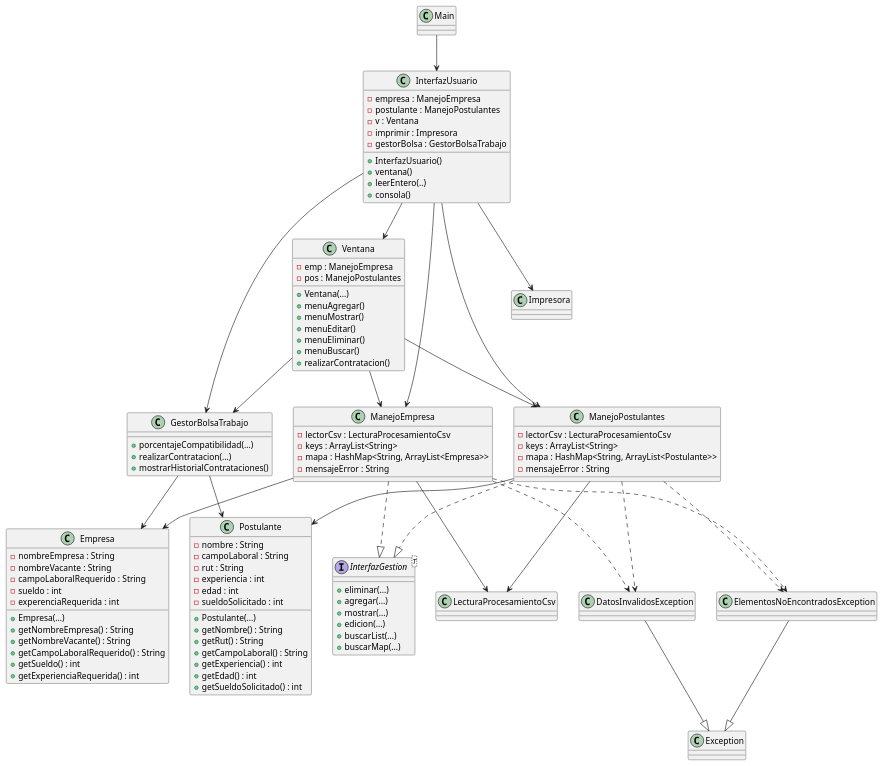
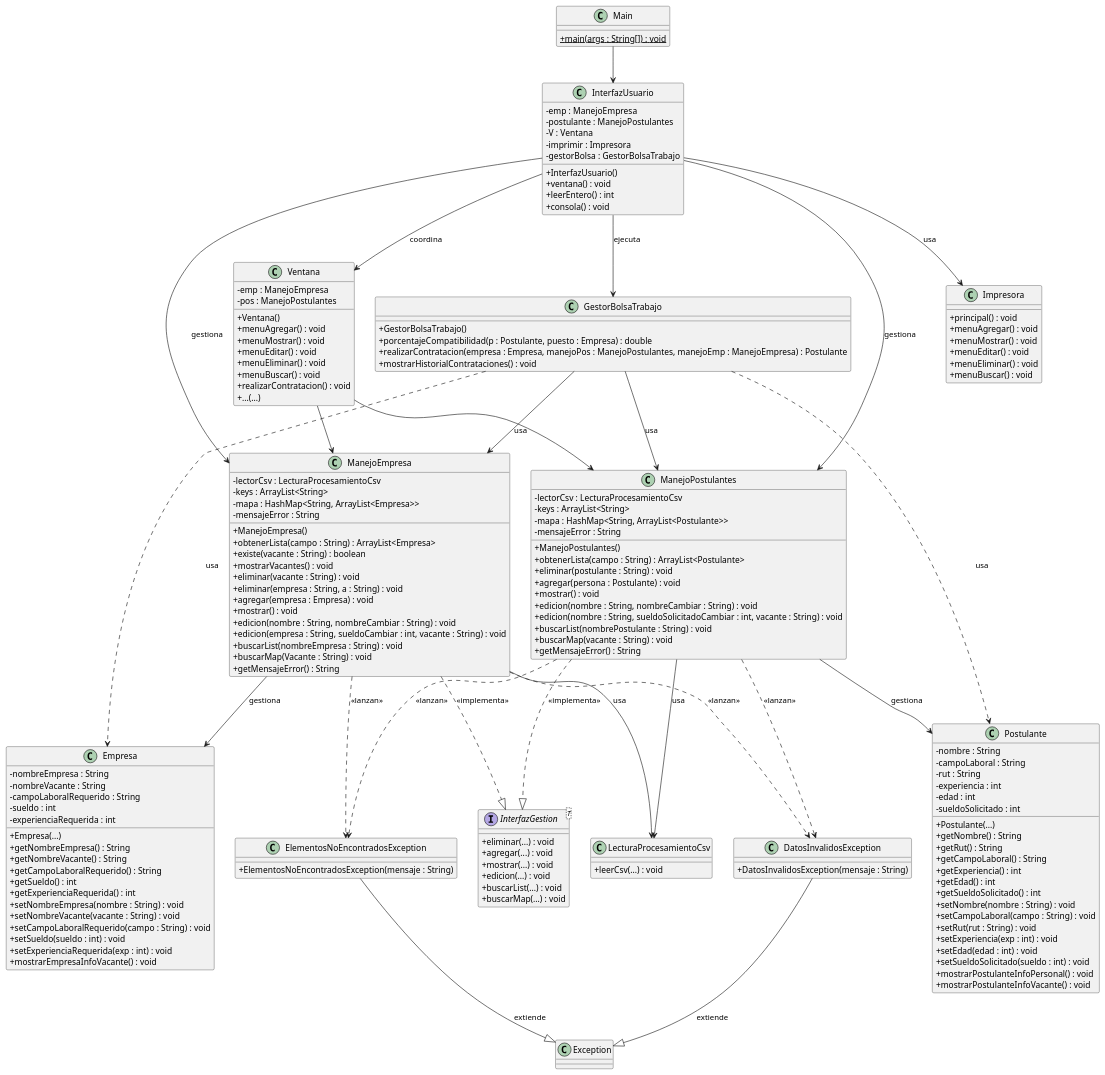
The diagram in src/main/java/uml.puml (AgustinSego/Manejo-de-Bolsa-de-Trabajo), drawn with PlantUML before and after one commit.

Commit message:
UML final

```diff
--- a/src/main/java/uml.puml
+++ b/src/main/java/uml.puml
@@ -1,136 +1,188 @@
 @startuml
+skinparam classAttributeIconSize 0
 
-class Main
+class Main {
+    + {static} main(args : String[]) : void
+}
 
 class InterfazUsuario {
-    -empresa : ManejoEmpresa
-    -postulante : ManejoPostulantes
-    -v : Ventana
-    -imprimir : Impresora
-    -gestorBolsa : GestorBolsaTrabajo
-
-    +InterfazUsuario()
-    +ventana()
-    +leerEntero(..)
-    +consola()
+  - emp : ManejoEmpresa
+  - postulante : ManejoPostulantes
+  - V : Ventana
+  - imprimir : Impresora
+  - gestorBolsa : GestorBolsaTrabajo
+  + InterfazUsuario()
+  + ventana() : void
+  + leerEntero() : int
+  + consola() : void
 }
 
 class Ventana {
-    -emp : ManejoEmpresa
-    -pos : ManejoPostulantes
-
-    +Ventana(...)
-    +menuAgregar()
-    +menuMostrar()
-    +menuEditar()
-    +menuEliminar()
-    +menuBuscar()
-    +realizarContratacion()
+  - emp : ManejoEmpresa
+  - pos : ManejoPostulantes
+  + Ventana()
+  + menuAgregar() : void
+  + menuMostrar() : void
+  + menuEditar() : void
+  + menuEliminar() : void
+  + menuBuscar() : void
+  + realizarContratacion() : void
+  + ...(...)
 }
 
-class Impresora
+class Impresora {
+  + principal() : void
+  + menuAgregar() : void
+  + menuMostrar() : void
+  + menuEditar() : void
+  + menuEliminar() : void
+  + menuBuscar() : void
+}
 
-class Postulante {
-    -nombre : String
-    -campoLaboral : String
-    -rut : String
-    -experiencia : int
-    -edad : int
-    -sueldoSolicitado : int
+class ManejoEmpresa {
+  - lectorCsv : LecturaProcesamientoCsv
+  - keys : ArrayList<String>
+  - mapa : HashMap<String, ArrayList<Empresa>>
+  - mensajeError : String
+  + ManejoEmpresa()
+  + obtenerLista(campo : String) : ArrayList<Empresa>
+  + existe(vacante : String) : boolean
+  + mostrarVacantes() : void
+  + eliminar(vacante : String) : void
+  + eliminar(empresa : String, a : String) : void
+  + agregar(empresa : Empresa) : void
+  + mostrar() : void
+  + edicion(nombre : String, nombreCambiar : String) : void
+  + edicion(empresa : String, sueldoCambiar : int, vacante : String) : void
+  + buscarList(nombreEmpresa : String) : void
+  + buscarMap(Vacante : String) : void
+  + getMensajeError() : String
+}
 
-    +Postulante(...)
-    +getNombre() : String
-    +getRut() : String
-    +getCampoLaboral() : String
-    +getExperiencia() : int
-    +getEdad() : int
-    +getSueldoSolicitado() : int
+class ManejoPostulantes {
+  - lectorCsv : LecturaProcesamientoCsv
+  - keys : ArrayList<String>
+  - mapa : HashMap<String, ArrayList<Postulante>>
+  - mensajeError : String
+  + ManejoPostulantes()
+  + obtenerLista(campo : String) : ArrayList<Postulante>
+  + eliminar(postulante : String) : void
+  + agregar(persona : Postulante) : void
+  + mostrar() : void
+  + edicion(nombre : String, nombreCambiar : String) : void
+  + edicion(nombre : String, sueldoSolicitadoCambiar : int, vacante : String) : void
+  + buscarList(nombrePostulante : String) : void
+  + buscarMap(vacante : String) : void
+  + getMensajeError() : String
+}
+
+class GestorBolsaTrabajo {
+  + GestorBolsaTrabajo()
+  + porcentajeCompatibilidad(p : Postulante, puesto : Empresa) : double
+  + realizarContratacion(empresa : Empresa, manejoPos : ManejoPostulantes, manejoEmp : ManejoEmpresa) : Postulante
+  + mostrarHistorialContrataciones() : void
 }
 
 class Empresa {
-    -nombreEmpresa : String
-    -nombreVacante : String
-    -campoLaboralRequerido : String
-    -sueldo : int
-    -experenciaRequerida : int
+  - nombreEmpresa : String
+  - nombreVacante : String
+  - campoLaboralRequerido : String
+  - sueldo : int
+  - experienciaRequerida : int
+  + Empresa(...)
+  + getNombreEmpresa() : String
+  + getNombreVacante() : String
+  + getCampoLaboralRequerido() : String
+  + getSueldo() : int
+  + getExperienciaRequerida() : int
+  + setNombreEmpresa(nombre : String) : void
+  + setNombreVacante(vacante : String) : void
+  + setCampoLaboralRequerido(campo : String) : void
+  + setSueldo(sueldo : int) : void
+  + setExperienciaRequerida(exp : int) : void
+  + mostrarEmpresaInfoVacante() : void
+}
 
-    +Empresa(...)
-    +getNombreEmpresa() : String
-    +getNombreVacante() : String
-    +getCampoLaboralRequerido() : String
-    +getSueldo() : int
-    +getExperienciaRequerida() : int
+class Postulante {
+  - nombre : String
+  - campoLaboral : String
+  - rut : String
+  - experiencia : int
+  - edad : int
+  - sueldoSolicitado : int
+  + Postulante(...)
+  + getNombre() : String
+  + getRut() : String
+  + getCampoLaboral() : String
+  + getExperiencia() : int
+  + getEdad() : int
+  + getSueldoSolicitado() : int
+  + setNombre(nombre : String) : void
+  + setCampoLaboral(campo : String) : void
+  + setRut(rut : String) : void
+  + setExperiencia(exp : int) : void
+  + setEdad(edad : int) : void
+  + setSueldoSolicitado(sueldo : int) : void
+  + mostrarPostulanteInfoPersonal() : void
+  + mostrarPostulanteInfoVacante() : void
 }
 
 interface InterfazGestion<T> {
-    +eliminar(...)
-    +agregar(...)
-    +mostrar(...)
-    +edicion(...)
-    +buscarList(...)
-    +buscarMap(...)
+  + eliminar(...) : void
+  + agregar(...) : void
+  + mostrar(...) : void
+  + edicion(...) : void
+  + buscarList(...) : void
+  + buscarMap(...) : void
 }
 
-class ManejoPostulantes {
-    -lectorCsv : LecturaProcesamientoCsv
-    -keys : ArrayList<String>
-    -mapa : HashMap<String, ArrayList<Postulante>>
-    -mensajeError : String
+class LecturaProcesamientoCsv {
+  + leerCsv(...) : void
 }
 
-class ManejoEmpresa {
-    -lectorCsv : LecturaProcesamientoCsv
-    -keys : ArrayList<String>
-    -mapa : HashMap<String, ArrayList<Empresa>>
-    -mensajeError : String
+class Exception {
 }
 
-class LecturaProcesamientoCsv
-
-class GestorBolsaTrabajo {
-    +porcentajeCompatibilidad(...)
-    +realizarContratacion(...)
-    +mostrarHistorialContrataciones()
+class DatosInvalidosException {
+  + DatosInvalidosException(mensaje : String)
 }
 
-class DatosInvalidosException
-class ElementosNoEncontradosException
+class ElementosNoEncontradosException {
+  + ElementosNoEncontradosException(mensaje : String)
+}
 
-' Herencia de excepciones
-DatosInvalidosException --|> Exception
-ElementosNoEncontradosException --|> Exception
-
-' Implementación de interfaz
-ManejoPostulantes ..|> InterfazGestion
-ManejoEmpresa ..|> InterfazGestion
-
-' Manejo de excepciones
-ManejoPostulantes ..> DatosInvalidosException
-ManejoPostulantes ..> ElementosNoEncontradosException
-
-ManejoEmpresa ..> DatosInvalidosException
-ManejoEmpresa ..> ElementosNoEncontradosException
-
-' Relaciones principales
 Main --> InterfazUsuario
 
-InterfazUsuario --> Ventana
-InterfazUsuario --> ManejoPostulantes
-InterfazUsuario --> ManejoEmpresa
-InterfazUsuario --> GestorBolsaTrabajo
-InterfazUsuario --> Impresora
+InterfazUsuario --> Ventana : coordina
+InterfazUsuario --> Impresora : usa
+InterfazUsuario --> ManejoEmpresa : gestiona
+InterfazUsuario --> ManejoPostulantes : gestiona
+InterfazUsuario --> GestorBolsaTrabajo : ejecuta
 
+Ventana --> ManejoEmpresa
 Ventana --> ManejoPostulantes
-Ventana --> ManejoEmpresa
-Ventana --> GestorBolsaTrabajo
 
-ManejoPostulantes --> Postulante
-ManejoEmpresa --> Empresa
+GestorBolsaTrabajo --> ManejoPostulantes : usa
+GestorBolsaTrabajo --> ManejoEmpresa : usa
+GestorBolsaTrabajo ..> Postulante : usa
+GestorBolsaTrabajo ..> Empresa : usa
 
-ManejoPostulantes --> LecturaProcesamientoCsv
-ManejoEmpresa --> LecturaProcesamientoCsv
+ManejoEmpresa ..|> InterfazGestion : <<implementa>>
+ManejoPostulantes ..|> InterfazGestion : <<implementa>>
 
-GestorBolsaTrabajo --> Postulante
-GestorBolsaTrabajo --> Empresa
+ManejoEmpresa --> Empresa : gestiona
+ManejoEmpresa --> LecturaProcesamientoCsv : usa
+
+ManejoPostulantes --> Postulante : gestiona
+ManejoPostulantes --> LecturaProcesamientoCsv : usa
+
+ManejoEmpresa ..> DatosInvalidosException : <<lanzan>>
+ManejoEmpresa ..> ElementosNoEncontradosException : <<lanzan>>
+
+ManejoPostulantes ..> DatosInvalidosException : <<lanzan>>
+ManejoPostulantes ..> ElementosNoEncontradosException : <<lanzan>>
+
+DatosInvalidosException --|> Exception : extiende
+ElementosNoEncontradosException --|> Exception : extiende
 
 @enduml
```
